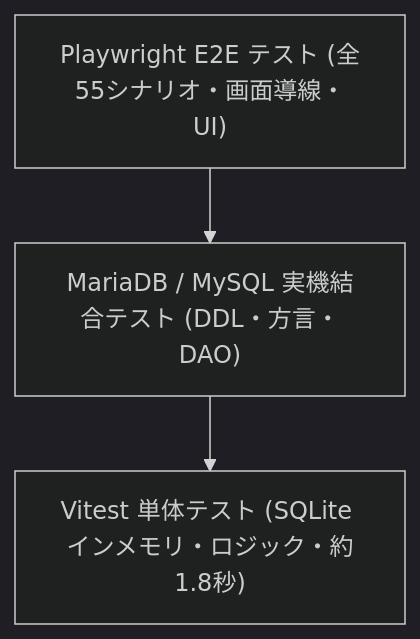
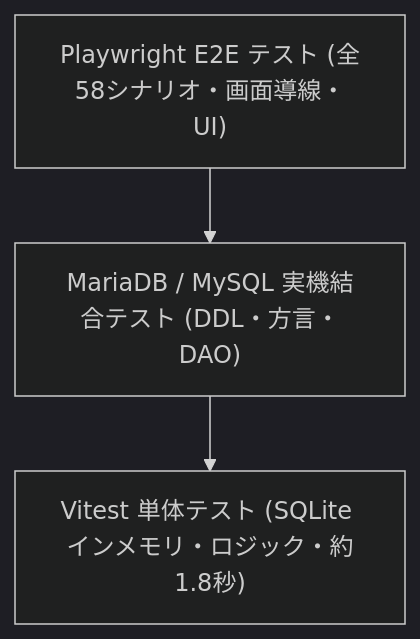
One commit to knzfujii/EPGDeck changed the diagram in docs/dev/testing.md. Above: the diagram before and after it, drawn with Mermaid (dark theme). The commit also changed other lines of this file and 2 other files, not shown here.

Commit message:
test(e2e): 手動予約バリデーション、録画ジャンル・履歴同期、動画個別削除のE2Eテストを追加
- test/e2e/reserves.spec.ts: 手動予約の必須・時刻バリデーション、キャンセル、リードオンリーリダイレクトを検証
- test/e2e/recorded.spec.ts: ジャンルチップ絞り込み、検索キーワードURL同期、ブラウザ履歴戻る/進むを検証
- test/e2e/recorded.spec.ts: 録画詳細でのストリーム選択モーダル展開、個別動画ファイル削除を検証
- docs/dev/testing.md: E2Eテスト総数を全58シナリオに更新

````diff
--- a/docs/dev/testing.md
+++ b/docs/dev/testing.md
@@ -11,9 +11,9 @@
 ```mermaid
 graph TD
-    E2E["Playwright E2E テスト (全55シナリオ・画面導線・UI)"]
+    E2E["Playwright E2E テスト (全58シナリオ・画面導線・UI)"]
     Integration["MariaDB / MySQL 実機結合テスト (DDL・方言・DAO)"]
     Unit["Vitest 単体テスト (SQLite インメモリ・ロジック・約1.8秒)"]
 
     E2E --> Integration
     Integration --> Unit
 ```
````
